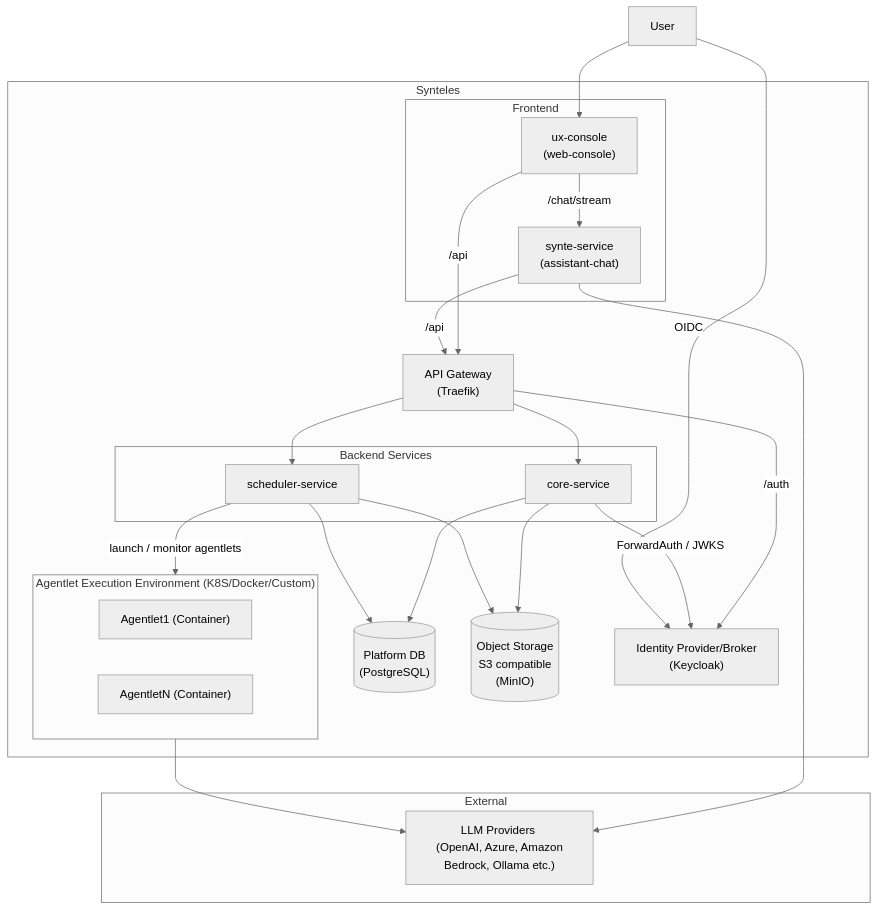
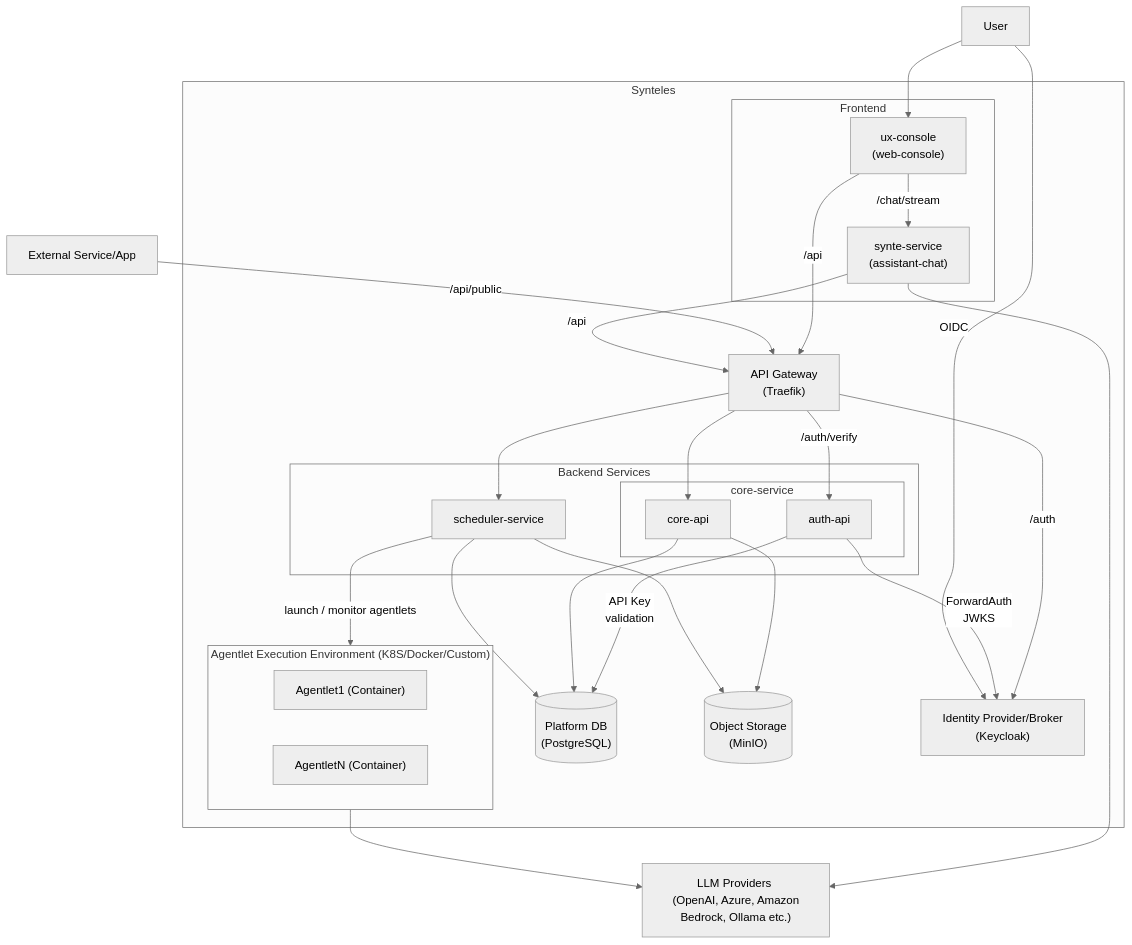
One commit to Synteles/synteles changed the first of 2 diagrams in docs/architecture.md. Above: the diagram before and after it, drawn with Mermaid (neutral theme). The commit also changed other lines of this file and 35 other files, not shown here.

First line of the commit message:
refactor(auth): move auth to API gateway, enforce X-API-Key on public routes (#37)

````diff
--- a/docs/architecture.md
+++ b/docs/architecture.md
@@ -30,52 +30,58 @@
-```mermaid 
+```mermaid  
 graph TB
     User["User"]
+    Service["External Service/App"]
 
     subgraph Stack["Synteles"]
 
         subgraph Frontend["Frontend"]
             UX["ux-console </br> (web-console)"]
             Synte["synte-service </br> (assistant-chat)"]
         end
 
         Traefik["API Gateway </br> (Traefik)"]
 
         subgraph Backend["Backend Services"]
-            Core["core-service"]
+            
+            subgraph Core["core-service"]
+                CoreService["core-api"]
+                AuthService["auth-api"]
+            end
             Scheduler["scheduler-service"]
         end
 
 
         PG[("Platform DB </br> (PostgreSQL)")]
-        Minio[("Object Storage </br> S3 compatible </br> (MinIO)")]
+        Minio[("Object Storage </br> (MinIO)")]
 
         KC["Identity Provider/Broker </br> (Keycloak)"]
         
         subgraph EE["Agentlet Execution Environment (K8S/Docker/Custom)"]
             Agentlet1["Agentlet1 (Container)"]
             AgentletN["AgentletN (Container)"]
         end
 
     end
 
-    subgraph External["External"]
-        LLM["LLM Providers </br> (OpenAI, Azure, Amazon Bedrock, Ollama etc.)"]
-    end
+    LLM["LLM Providers </br> (OpenAI, Azure, Amazon Bedrock, Ollama etc.)"]
 
     User --> UX
     UX -->|"/api"| Traefik
     UX -->|"/chat/stream"| Synte
-    Traefik --> Core
+    Service -->|"/api/public"| Traefik
+    Traefik --> CoreService
     Traefik --> Scheduler
+    Traefik -->|"/auth/verify"| AuthService
     Traefik -->|"/auth"| KC
-    Core -->|"ForwardAuth / JWKS"| KC
+    AuthService -->|"ForwardAuth </br> JWKS"| KC
+    AuthService -->|"API Key </br> validation"| PG
     Synte -->|"/api"| Traefik
-    Core --> PG
-    Core --> Minio
+    CoreService --> PG
+    CoreService --> Minio
     Scheduler --> PG
     Scheduler --> Minio
     Scheduler -->|"launch / monitor agentlets"| EE
     EE --> LLM
     Synte --> LLM
     User -->|"OIDC"| KC
 ```
````
